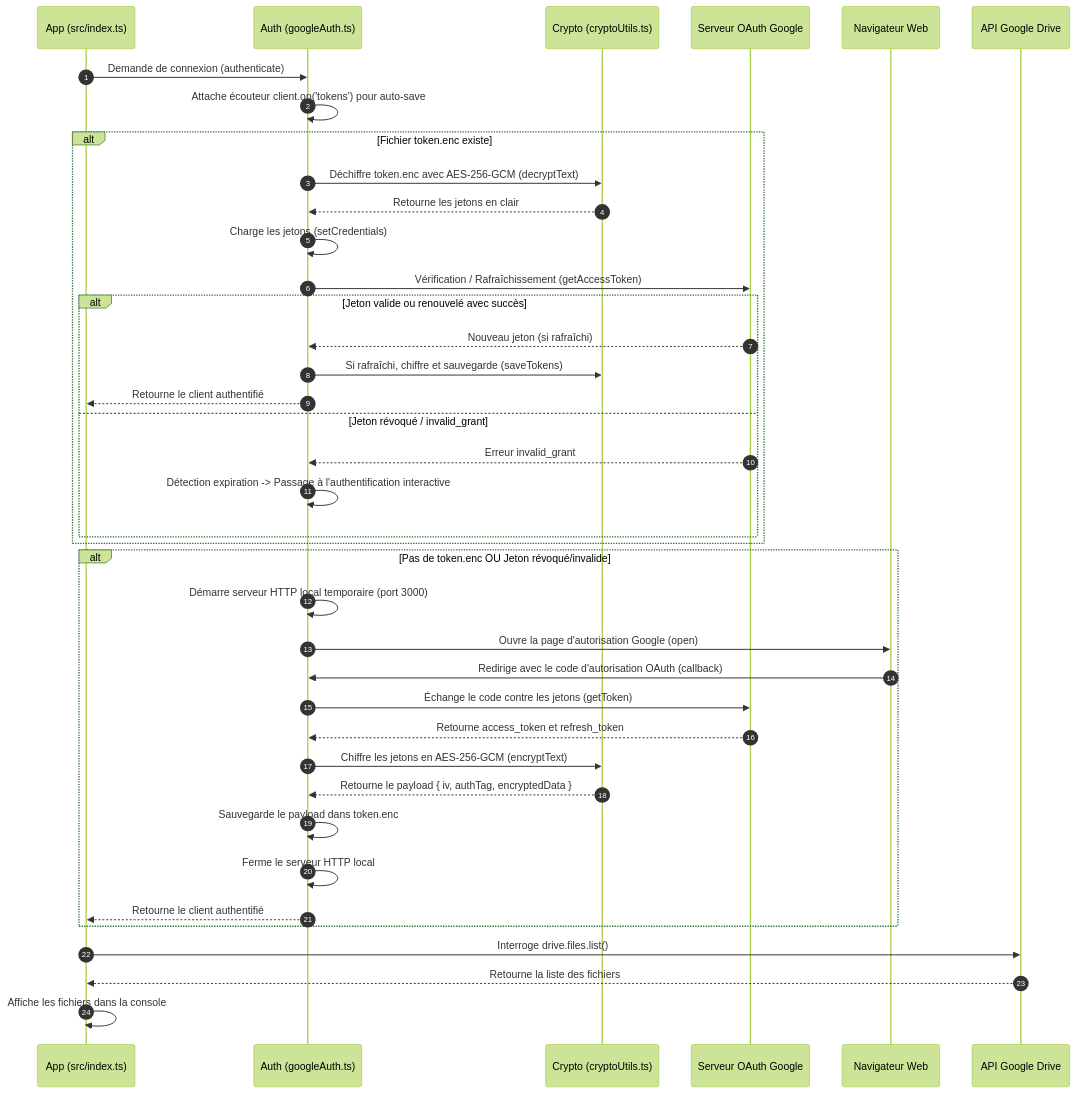
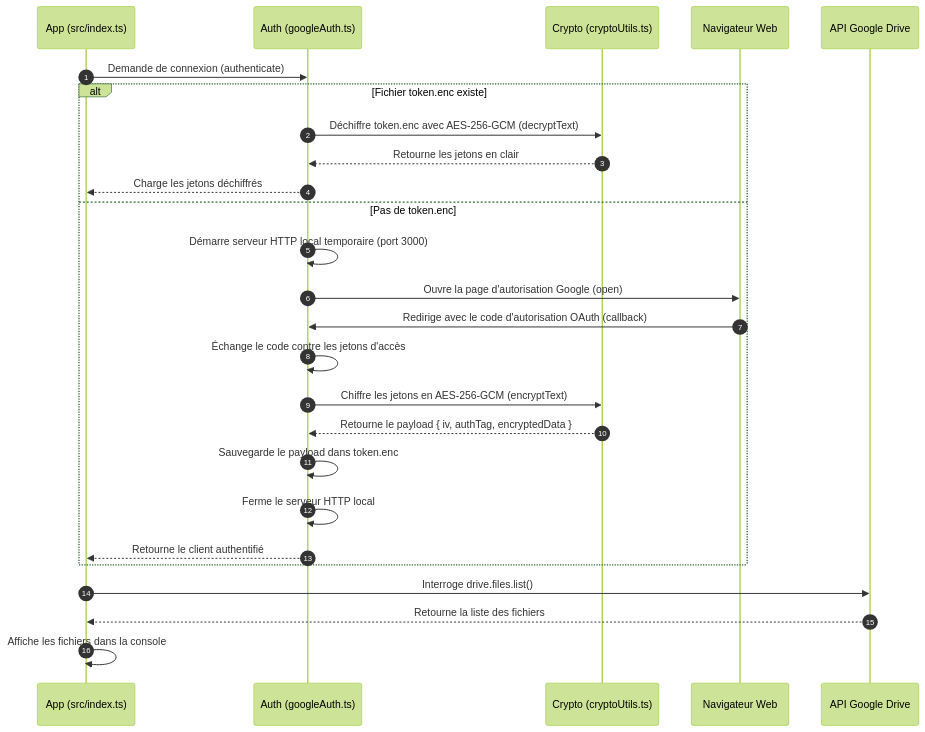
Before and after one commit to MaxenceLAURENCE/cloud-my-save: the first of 3 diagrams in explication.md, drawn with Mermaid (forest theme). The commit also changed other lines of this file and 7 other files, not shown here.

````diff
--- a/explication.md
+++ b/explication.md
@@ -139,42 +142,29 @@
 ```mermaid
 sequenceDiagram
     autonumber
     participant App as App (src/index.ts)
     participant Auth as Auth (googleAuth.ts)
     participant Crypto as Crypto (cryptoUtils.ts)
-    participant GoogleAuth as Serveur OAuth Google
     participant Browser as Navigateur Web
     participant Drive as API Google Drive
 
     App->>Auth: Demande de connexion (authenticate)
-    Auth->>Auth: Attache écouteur client.on('tokens') pour auto-save
     alt Fichier token.enc existe
         Auth->>Crypto: Déchiffre token.enc avec AES-256-GCM (decryptText)
         Crypto-->>Auth: Retourne les jetons en clair
-        Auth->>Auth: Charge les jetons (setCredentials)
-        Auth->>GoogleAuth: Vérification / Rafraîchissement (getAccessToken)
-        alt Jeton valide ou renouvelé avec succès
-            GoogleAuth-->>Auth: Nouveau jeton (si rafraîchi)
-            Auth->>Crypto: Si rafraîchi, chiffre et sauvegarde (saveTokens)
-            Auth-->>App: Retourne le client authentifié
-        else Jeton révoqué / invalid_grant
-            GoogleAuth-->>Auth: Erreur invalid_grant
-            Auth->>Auth: Détection expiration -> Passage à l'authentification interactive
-        end
-    end
-    alt Pas de token.enc OU Jeton révoqué/invalide
+        Auth-->>App: Charge les jetons déchiffrés
+    else Pas de token.enc
         Auth->>Auth: Démarre serveur HTTP local temporaire (port 3000)
         Auth->>Browser: Ouvre la page d'autorisation Google (open)
         Browser->>Auth: Redirige avec le code d'autorisation OAuth (callback)
-        Auth->>GoogleAuth: Échange le code contre les jetons (getToken)
-        GoogleAuth-->>Auth: Retourne access_token et refresh_token
+        Auth->>Auth: Échange le code contre les jetons d'accès
         Auth->>Crypto: Chiffre les jetons en AES-256-GCM (encryptText)
         Crypto-->>Auth: Retourne le payload { iv, authTag, encryptedData }
         Auth->>Auth: Sauvegarde le payload dans token.enc
         Auth->>Auth: Ferme le serveur HTTP local
         Auth-->>App: Retourne le client authentifié
     end
     App->>Drive: Interroge drive.files.list()
     Drive-->>App: Retourne la liste des fichiers
     App->>App: Affiche les fichiers dans la console
 ```
````
